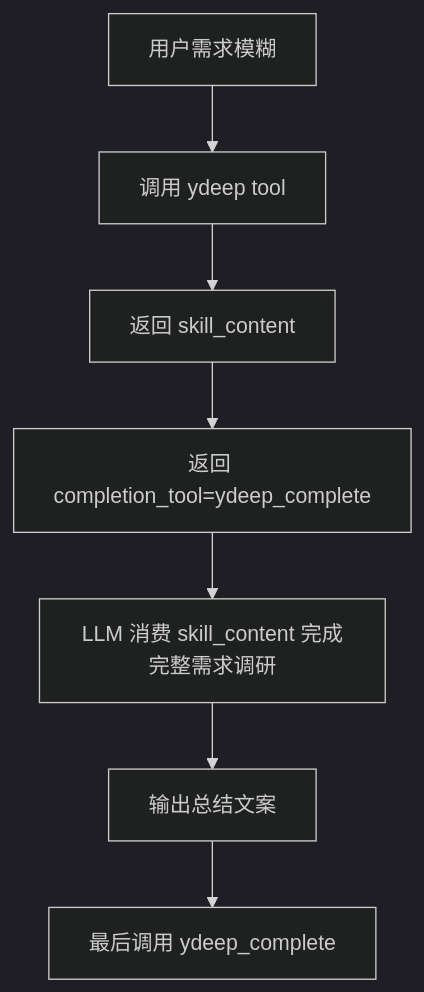
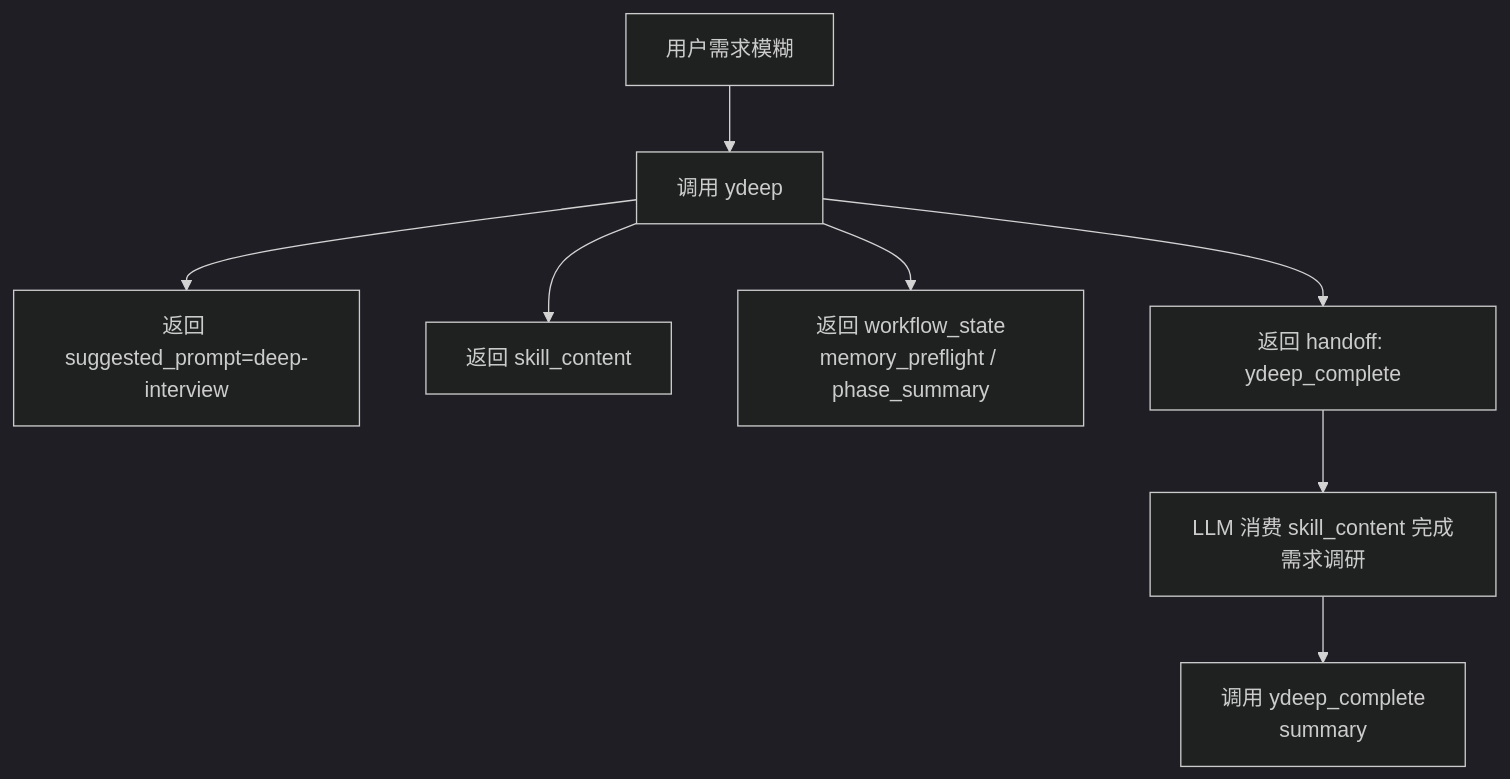
One commit to CodeyLife/Ymcp changed the first of 5 diagrams in docs/current-workflow-flowcharts.md. Above: the diagram before and after it, drawn with Mermaid (dark theme). The commit also changed other lines of this file and 30 other files, not shown here.

````diff
--- a/docs/current-workflow-flowcharts.md
+++ b/docs/current-workflow-flowcharts.md
@@ -20,9 +14,10 @@
 ```mermaid
 flowchart TD
-    A[用户需求模糊] --> B[调用 ydeep tool]
-    B --> C[返回 skill_content]
-    C --> D[返回 completion_tool=ydeep_complete]
-    D --> E[LLM 消费 skill_content 完成完整需求调研]
-    E --> F[输出总结文案]
-    F --> G[最后调用 ydeep_complete]
+    A[用户需求模糊] --> B[调用 ydeep]
+    B --> C[返回 suggested_prompt=deep-interview]
+    B --> D[返回 skill_content]
+    B --> E[返回 workflow_state<br/>memory_preflight / phase_summary]
+    B --> F[返回 handoff: ydeep_complete]
+    F --> G[LLM 消费 skill_content 完成需求调研]
+    G --> H[调用 ydeep_complete<br/>summary]
 ```
````
